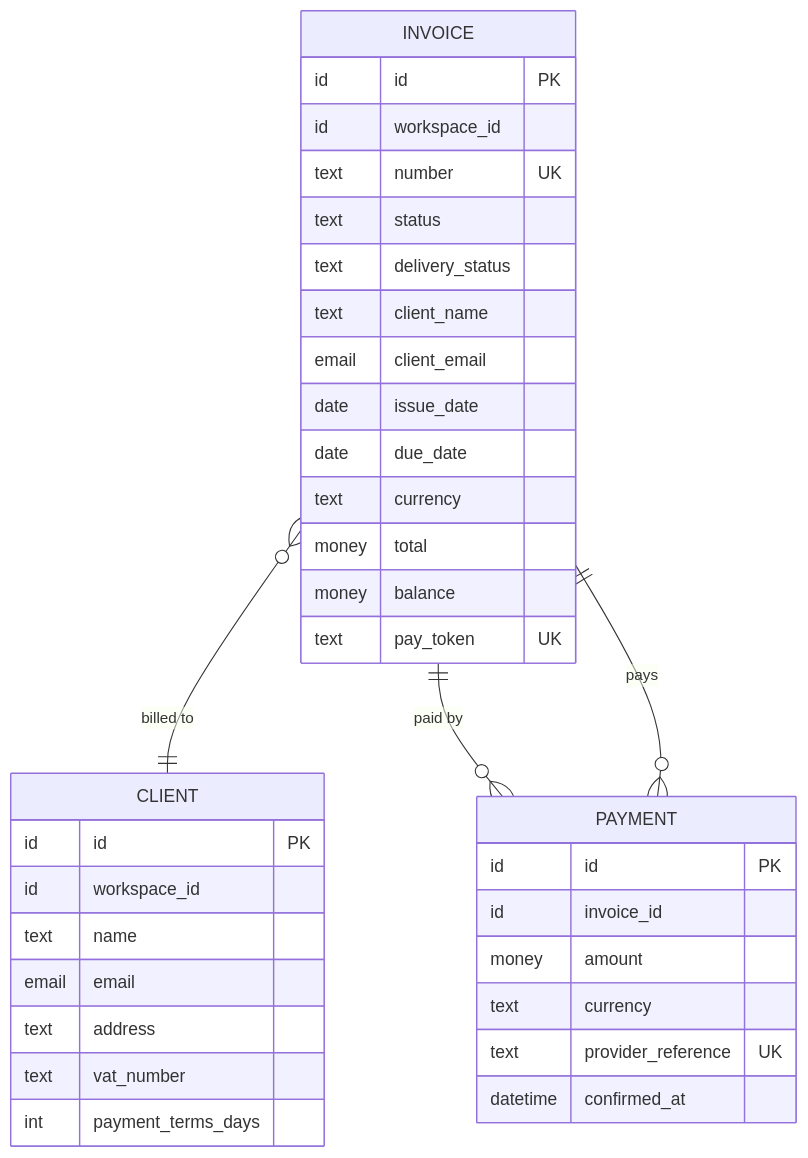
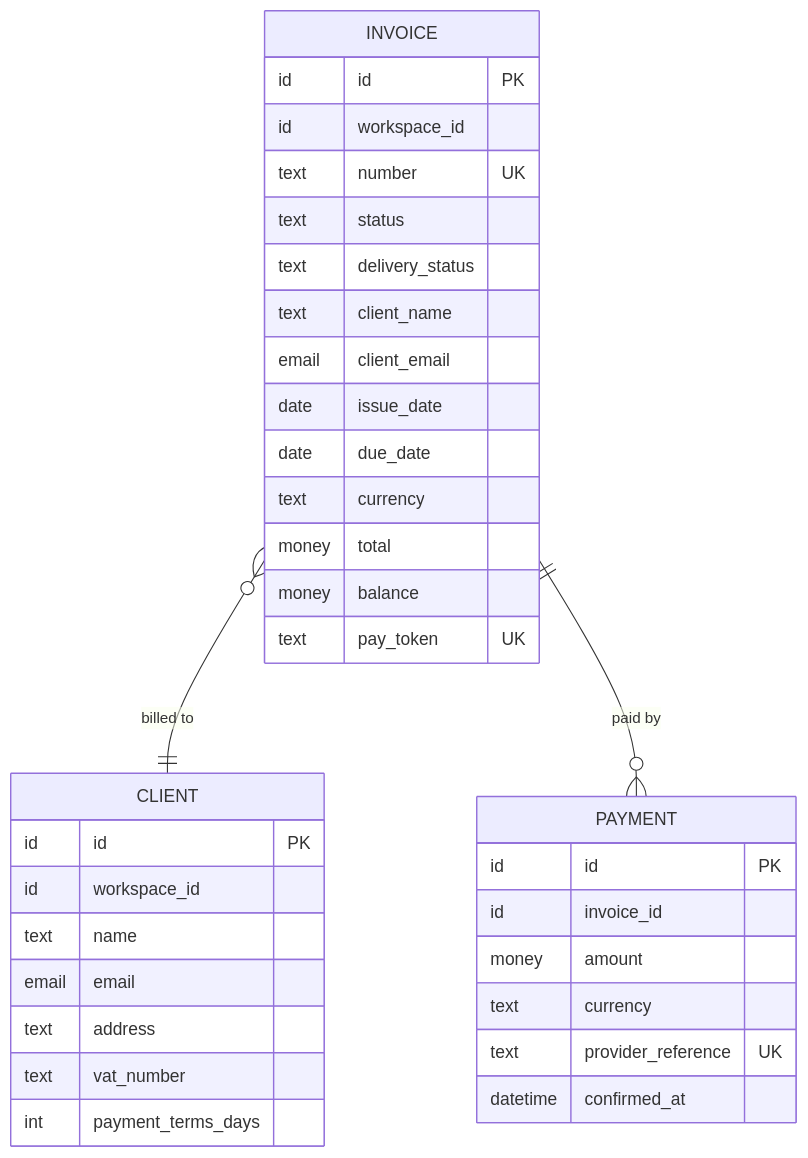
One commit to elendil-tech/magik-harness changed the diagram in product-definition-system/examples/ledgerly/views/er.md. Above: the diagram before and after it, drawn with Mermaid. The commit also changed 27 other files, not shown here.

Commit message:
wip: rename integrity checks to COH, docs consistency test, diagram fixes, mermaid check script [skip ci]

````diff
--- a/product-definition-system/examples/ledgerly/views/er.md
+++ b/product-definition-system/examples/ledgerly/views/er.md
@@ -5,38 +5,37 @@
 ```mermaid
 erDiagram
   INVOICE {
     id id PK
     id workspace_id
     text number UK
     text status
     text delivery_status
     text client_name
     email client_email
     date issue_date
     date due_date
     text currency
     money total
     money balance
     text pay_token UK
   }
   CLIENT {
     id id PK
     id workspace_id
     text name
     email email
     text address
     text vat_number
     int payment_terms_days
   }
   PAYMENT {
     id id PK
     id invoice_id
     money amount
     text currency
     text provider_reference UK
     datetime confirmed_at
   }
   INVOICE }o--|| CLIENT : "billed to"
   INVOICE ||--o{ PAYMENT : "paid by"
-  PAYMENT }o--|| INVOICE : "pays"
 ```
````
